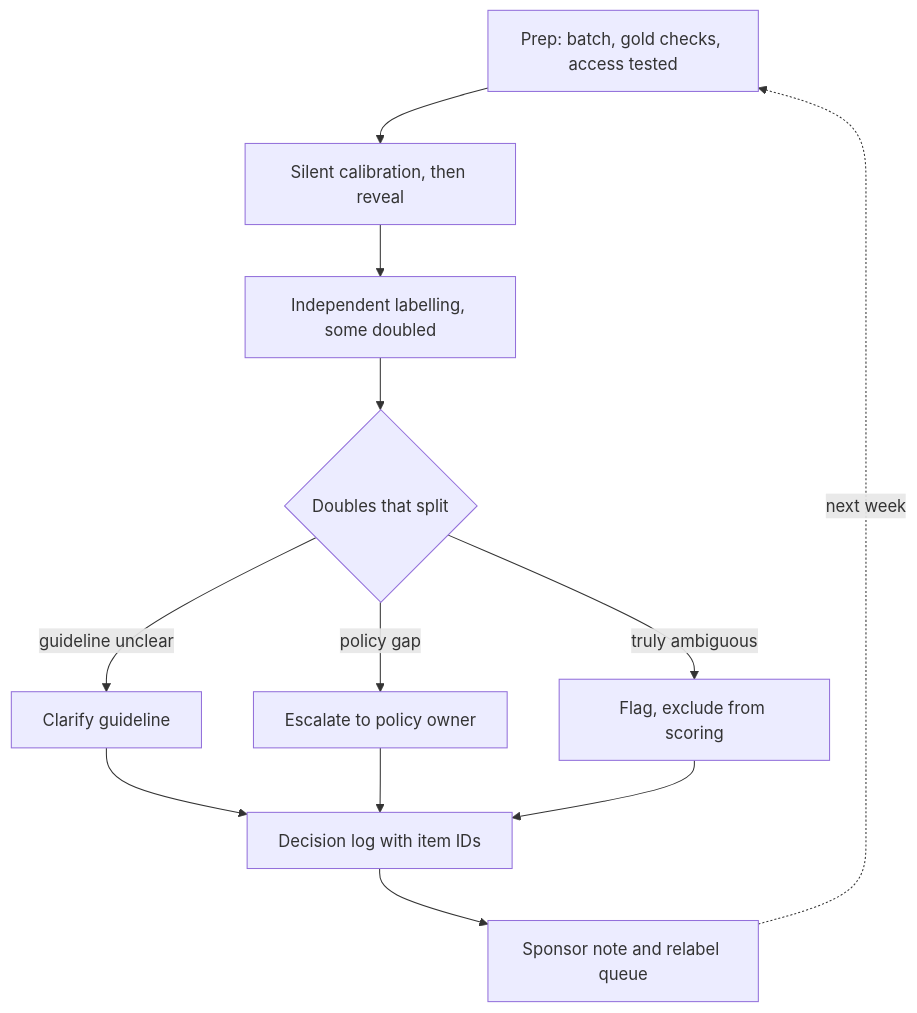
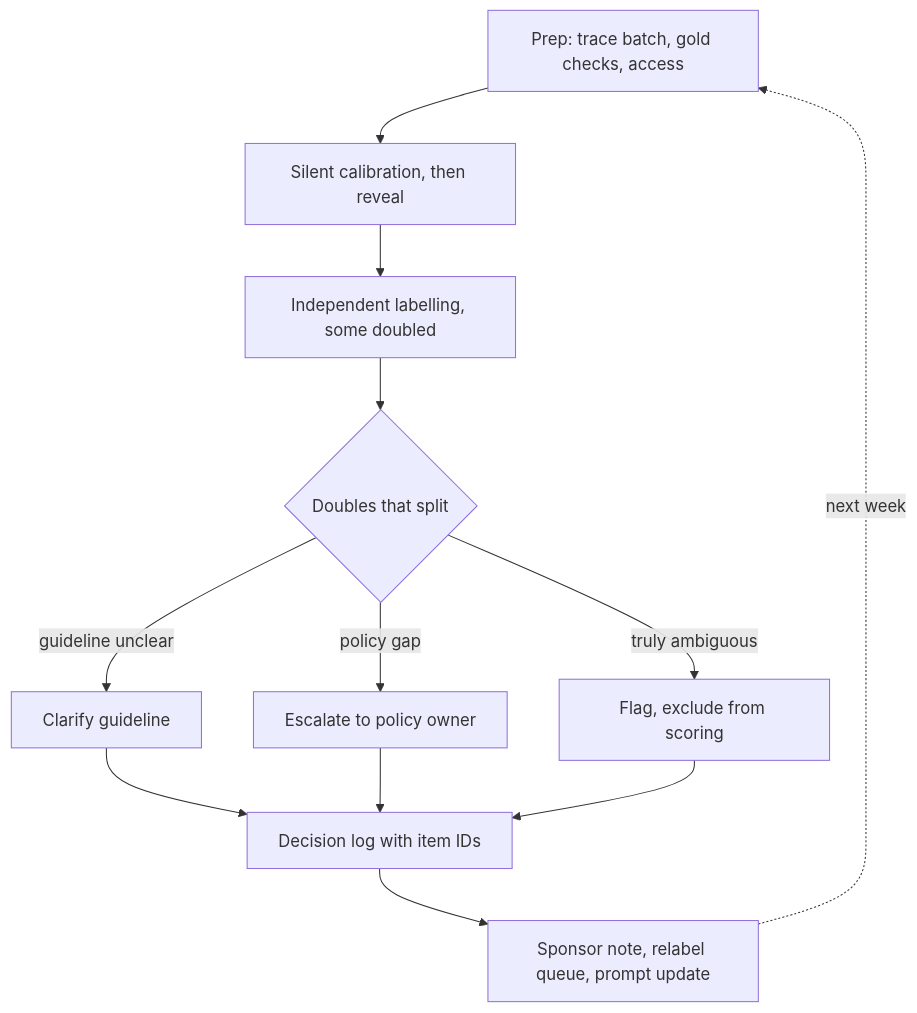
One commit to lovishmahajan97/agentic-learning changed the diagram in content/customer-data-evaluation/labeling-sessions.md. Above: the diagram before and after it, drawn with Mermaid. The commit also changed other lines of this file and 454 other files, not shown here.

````diff
--- a/content/customer-data-evaluation/labeling-sessions.md
+++ b/content/customer-data-evaluation/labeling-sessions.md
@@ -95,14 +112,14 @@
 ```mermaid
 flowchart TD
-    P["Prep: batch, gold checks, access tested"] --> C["Silent calibration, then reveal"]
+    P["Prep: trace batch, gold checks, access"] --> C["Silent calibration, then reveal"]
     C --> I["Independent labelling, some doubled"]
     I --> D{"Doubles that split"}
     D -->|"guideline unclear"| G["Clarify guideline"]
     D -->|"policy gap"| E["Escalate to policy owner"]
     D -->|"truly ambiguous"| X["Flag, exclude from scoring"]
     G --> L["Decision log with item IDs"]
     E --> L
     X --> L
-    L --> N["Sponsor note and relabel queue"]
+    L --> N["Sponsor note, relabel queue, prompt update"]
     N -.->|"next week"| P
 ```
````
